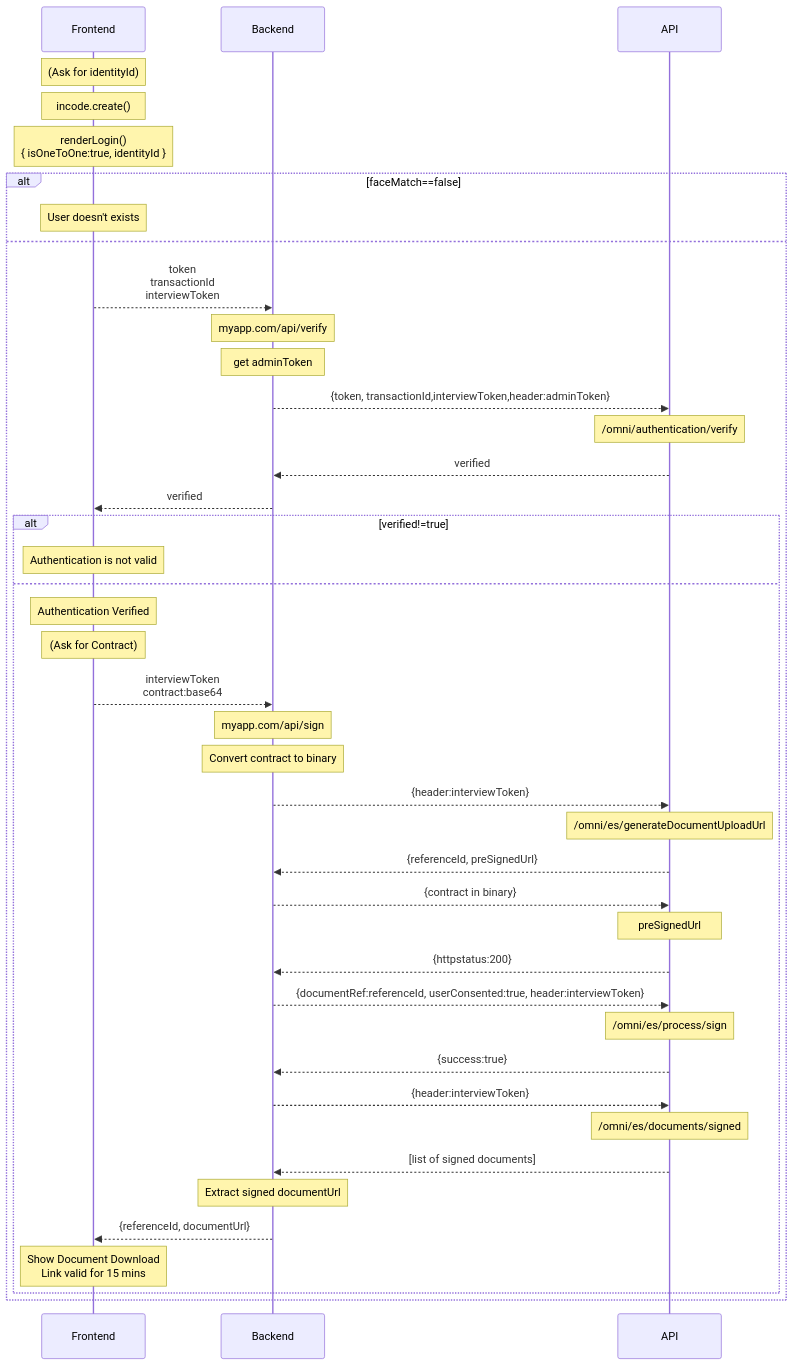
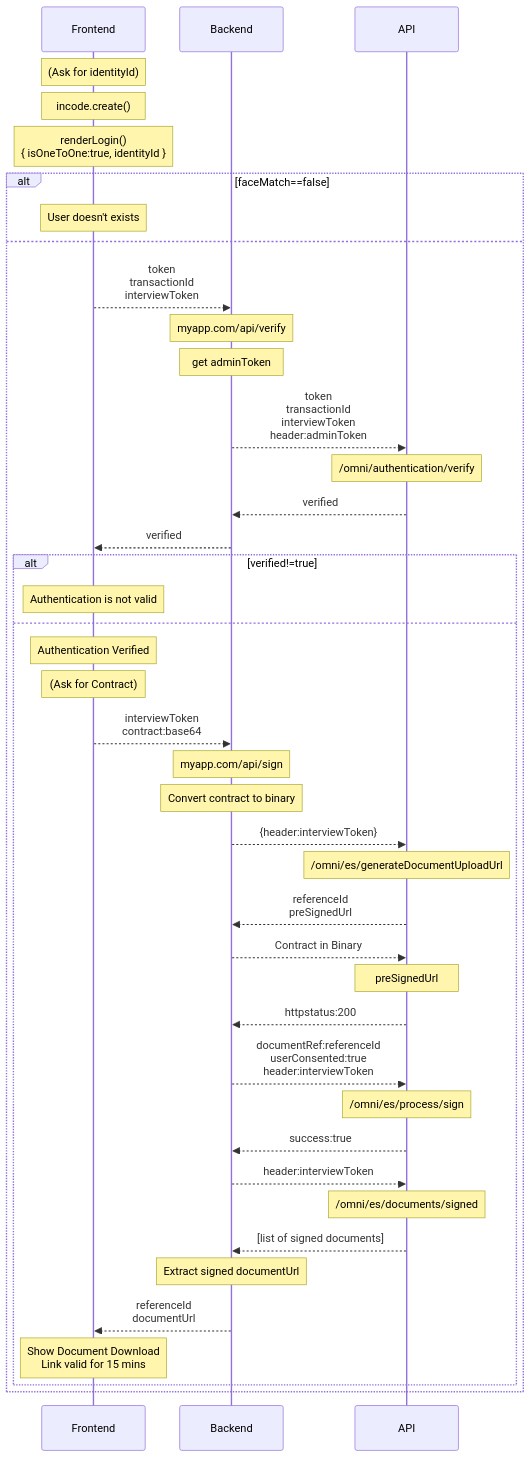
The diagram in README.md (Incode-Technologies-Example-Repos/authentication-aes-javascript), drawn with Mermaid before and after one commit. The commit also changed 2 other files, not shown here.

Commit message:
improved diagrams (#16)

````diff
--- a/README.md
+++ b/README.md
@@ -6,50 +6,50 @@
 ```mermaid
 sequenceDiagram
     participant w as Frontend
     participant b as Backend
     participant a as API
 
     note over w: (Ask for identityId)
     
     note over w: incode.create()
     note over w: renderLogin()<br>{ isOneToOne:true, identityId }
     alt faceMatch==false
         note over w: User doesn't exists
     else
         w -->> b: token<br>transactionId<br>interviewToken
         note over b: myapp.com/api/verify
         note over b: get adminToken
-        b-->> a: {token, transactionId,interviewToken,header:adminToken}
+        b-->> a: token<br>transactionId<br>interviewToken<br>header:adminToken
         note over a: /omni/authentication/verify
         a-->>b: verified
         b-->>w: verified
         alt verified!=true
             note over w: Authentication is not valid
         else
             note over w: Authentication Verified
             note over w: (Ask for Contract)
             w -->> b: interviewToken<br>contract:base64
             note over b: myapp.com/api/sign
             note over b: Convert contract to binary
             
             b -->>a: {header:interviewToken}
             note over a: /omni/es/generateDocumentUploadUrl
-            a -->>b: {referenceId, preSignedUrl}
+            a -->>b: referenceId<br>preSignedUrl
             
-            b -->>a: {contract in binary}
+            b -->>a: Contract in Binary
             note over a: preSignedUrl
-            a -->>b: {httpstatus:200}
+            a -->>b: httpstatus:200
 
-            b -->>a: {documentRef:referenceId, userConsented:true, header:interviewToken}
+            b -->>a: documentRef:referenceId<br>userConsented:true<br>header:interviewToken
             note over a: /omni/es/process/sign
-            a -->>b: {success:true}
+            a -->>b: success:true
             
-            b -->>a: {header:interviewToken}
+            b -->>a: header:interviewToken
             note over a: /omni/es/documents/signed
             a -->>b: [list of signed documents]
             note over b: Extract signed documentUrl
-            b -->> w: {referenceId, documentUrl}
+            b -->> w: referenceId<br>documentUrl
             note over w: Show Document Download<br> Link valid for 15 mins
         end
     end
 ```
````
